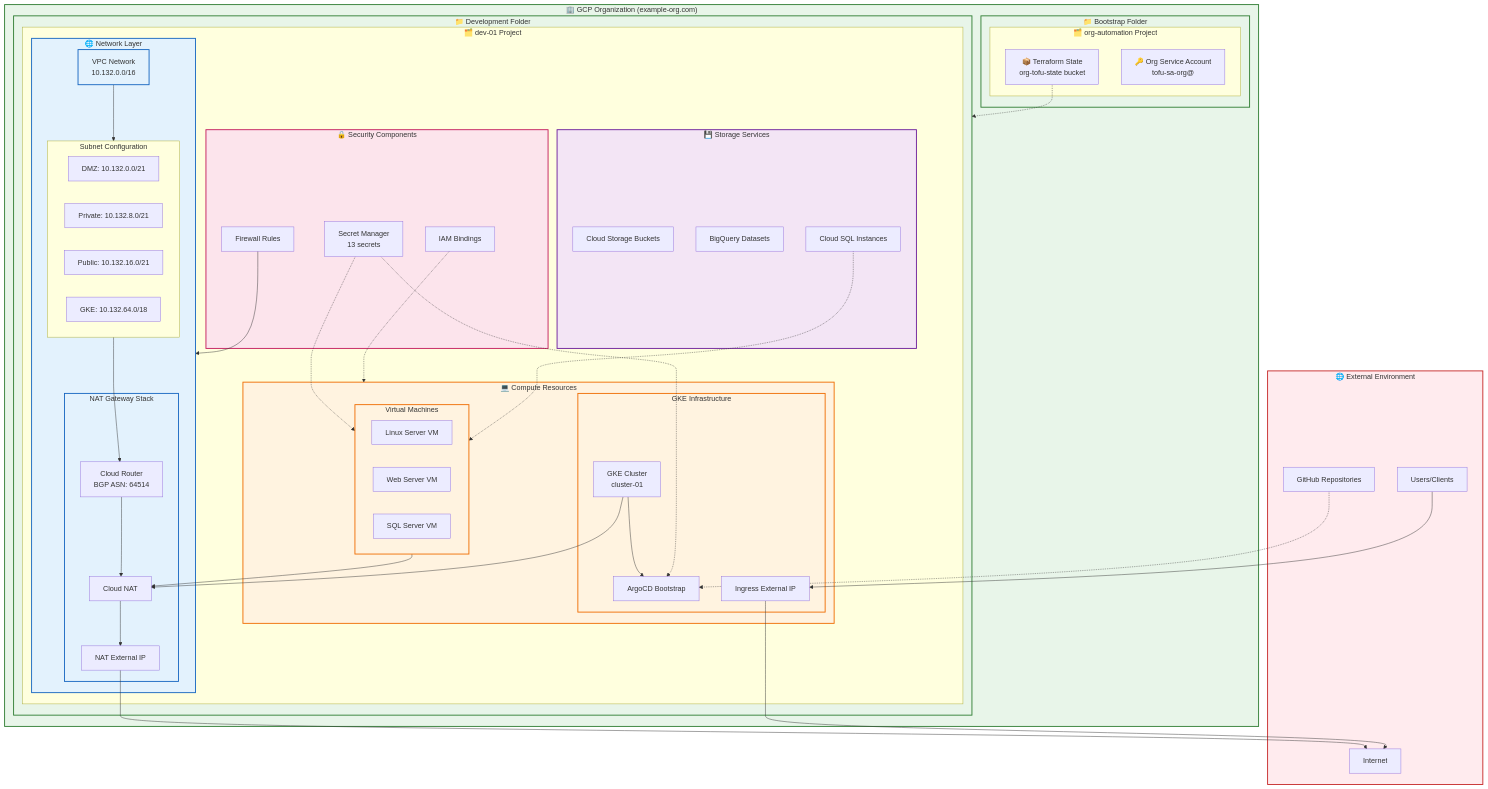
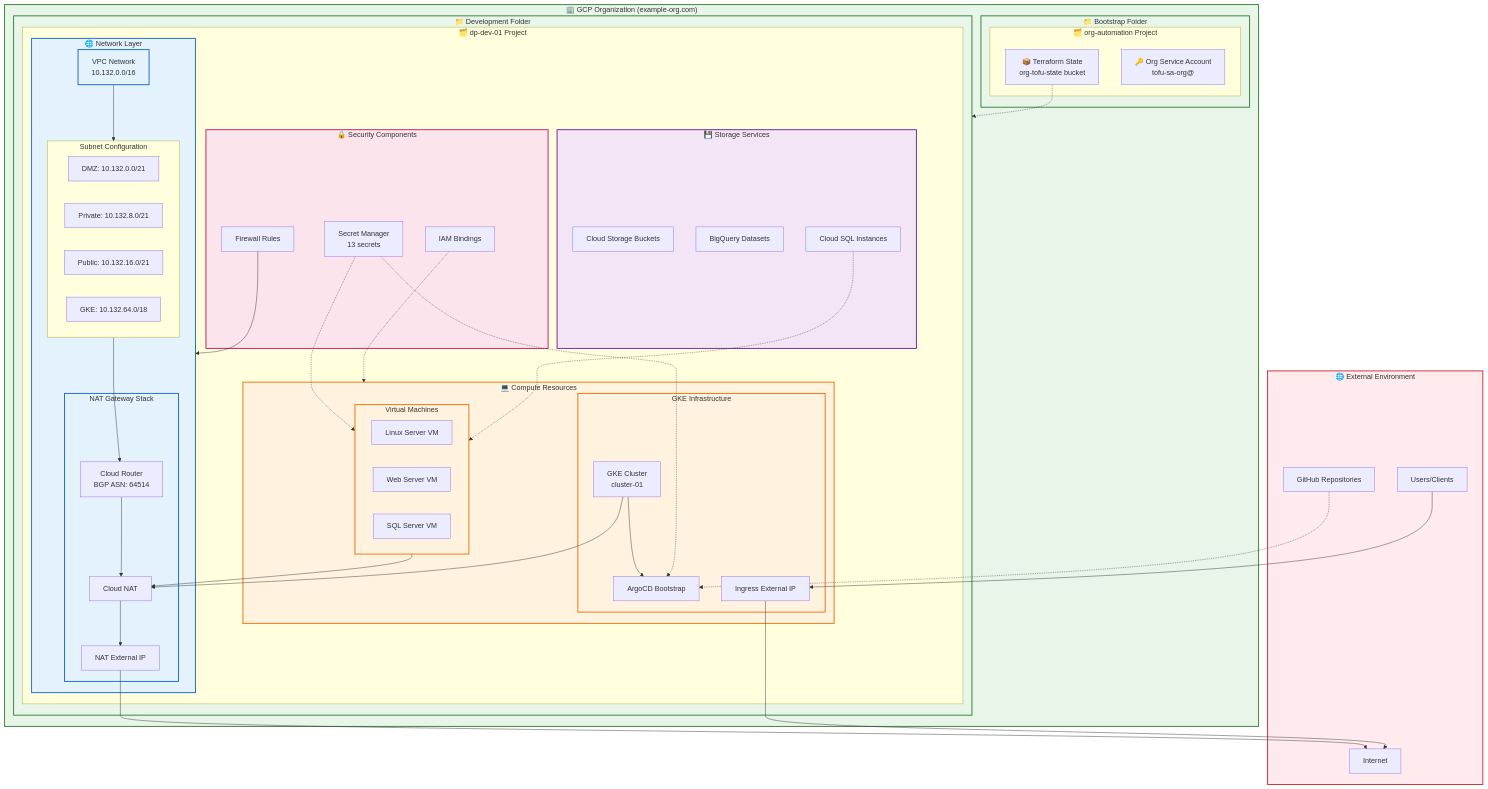
Before and after one commit to spolspol/terragrunt-gcp-org-automation: the first of 7 diagrams in docs/ARCHITECTURE_DIAGRAM.md, drawn with Mermaid. The commit also changed other lines of this file and 197 other files, not shown here.

```diff
--- a/docs/ARCHITECTURE_DIAGRAM.md
+++ b/docs/ARCHITECTURE_DIAGRAM.md
@@ -46,7 +46,7 @@
         
         %% Development Environment
         subgraph Development["📁 Development Folder"]
-            subgraph DevProj["🗂️ dev-01 Project"]
+            subgraph DevProj["🗂️ dp-dev-01 Project"]
                 
                 %% Core Networking
                 subgraph Network["🌐 Network Layer"]
```
